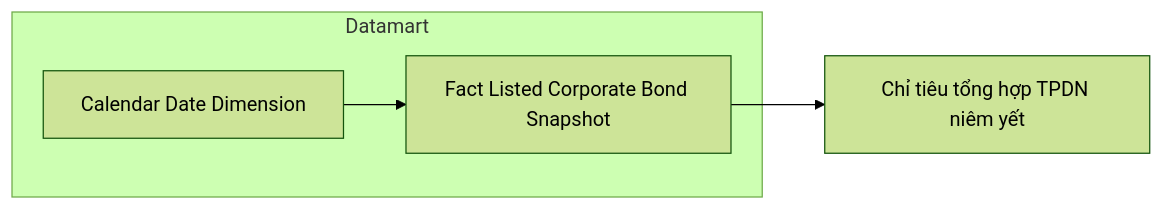
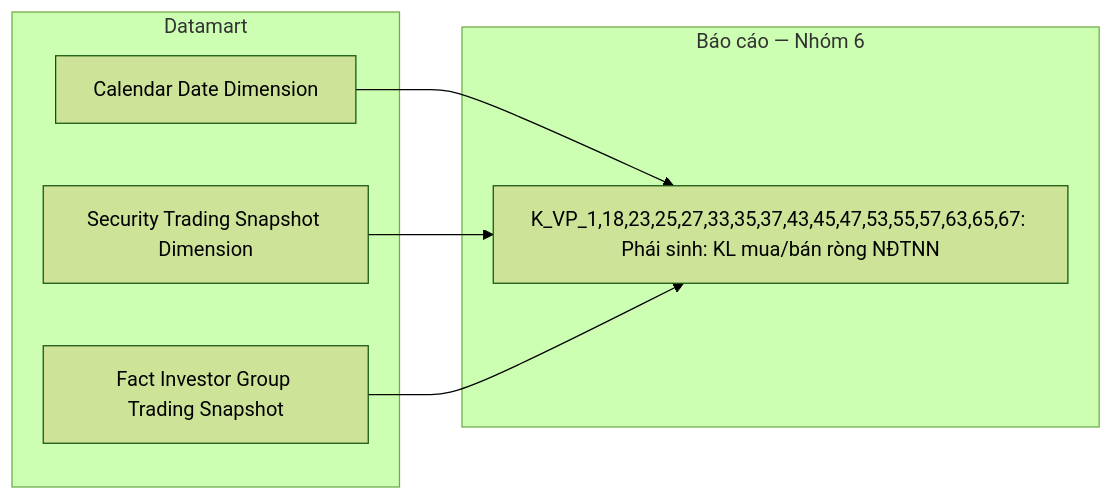
Diagram 19 of 40 in Datamart/hld/DTM_VP_HLD.md (linhlvit/ubck_atomic_design), drawn with Mermaid (forest theme) before and after one commit. The commit also changed other lines of this file and 25 other files, not shown here.

````diff
--- a/Datamart/hld/DTM_VP_HLD.md
+++ b/Datamart/hld/DTM_VP_HLD.md
@@ -725,9 +1086,14 @@
 ```mermaid
 flowchart LR
     subgraph GOLD["Datamart"]
-        fct_lst_crp_bnd_snpst["Fact Listed Corporate Bond Snapshot"]
-        cdr_dt_dim["Calendar Date Dimension"]
+        Calendar_Date_Dimension["Calendar Date Dimension"]
+        Security_Trading_Snapshot_Dimension["Security Trading Snapshot Dimension"]
+        Fact_Investor_Group_Trading_Snapshot["Fact Investor Group Trading Snapshot"]
     end
-    cdr_dt_dim --> fct_lst_crp_bnd_snpst
-    fct_lst_crp_bnd_snpst --> RPT7["Chỉ tiêu tổng hợp TPDN niêm yết"]
+    subgraph RPT["Báo cáo — Nhóm 6"]
+        R1["K_VP_1,18,23,25,27,33,35,37,43,45,47,53,55,57,63,65,67: Phái sinh: KL mua/bán ròng NĐTNN"]
+    end
+    Calendar_Date_Dimension --> R1
+    Security_Trading_Snapshot_Dimension --> R1
+    Fact_Investor_Group_Trading_Snapshot --> R1
 ```
````
